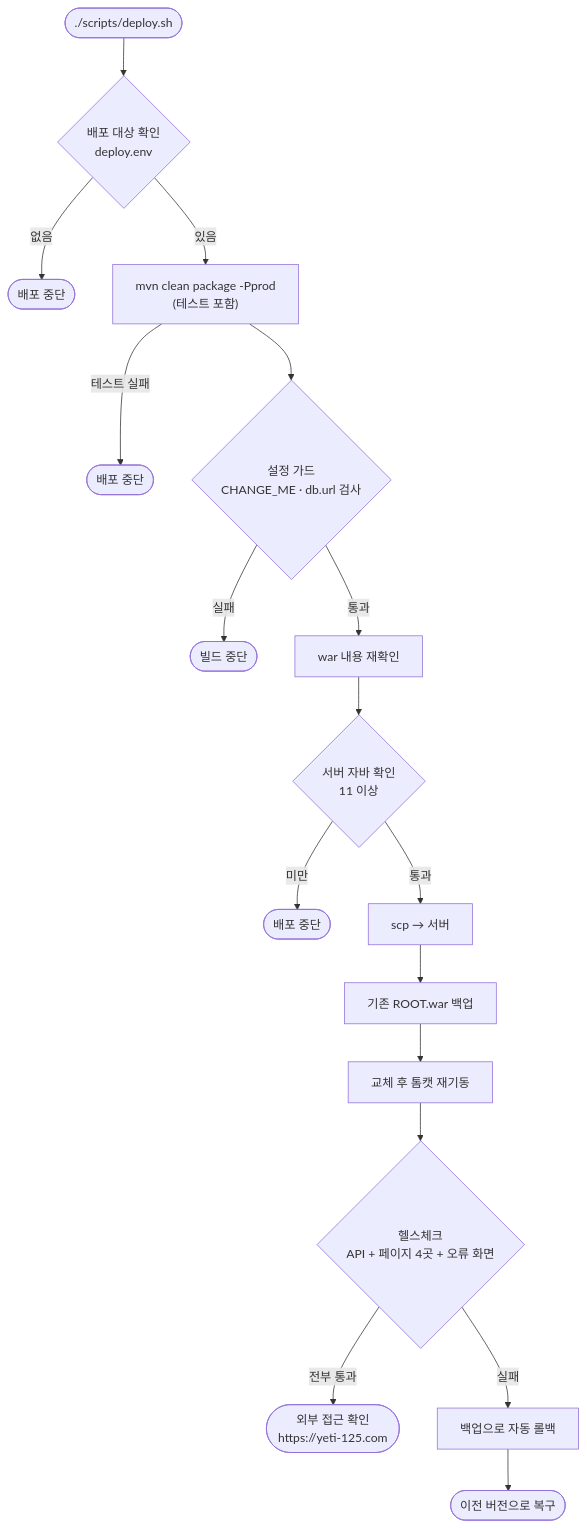
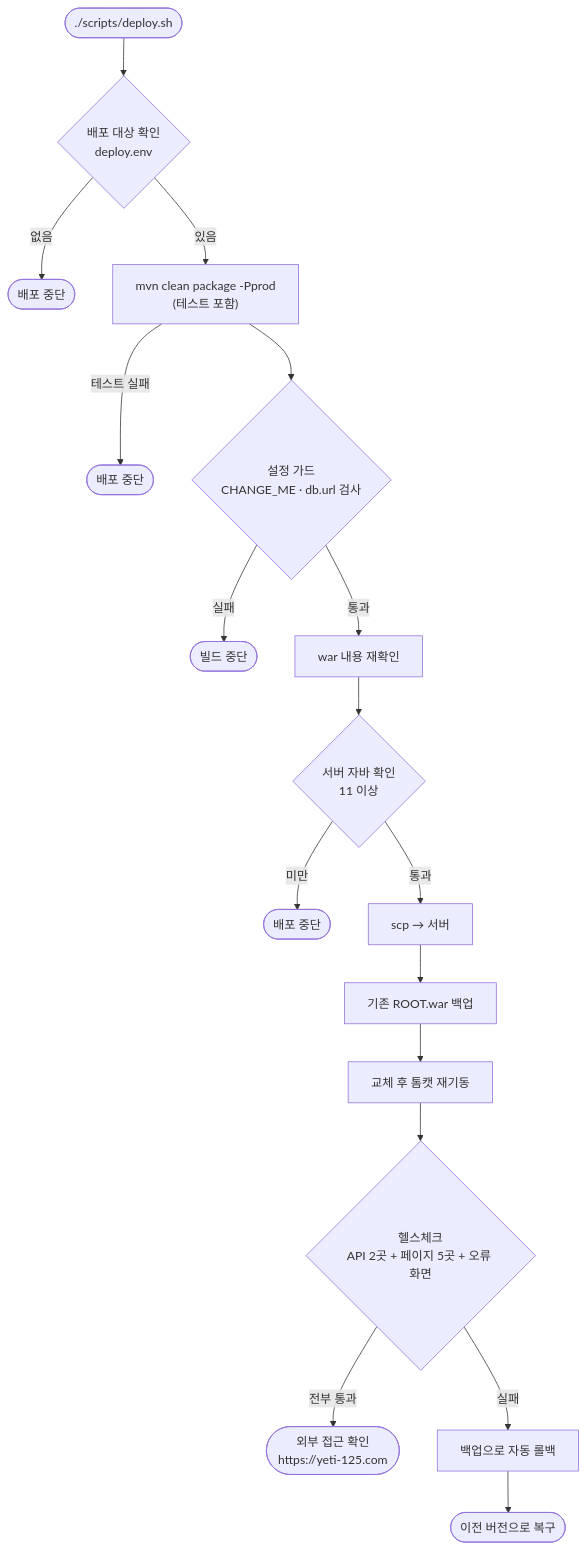
The eighth of 9 diagrams in README.md (sooindev/YETI-125), drawn with Mermaid before and after one commit. The commit also changed other lines of this file, not shown here.

````diff
--- a/README.md
+++ b/README.md
@@ -619,19 +914,19 @@
 ```mermaid
 flowchart TD
     A(["./scripts/deploy.sh"]) --> T{"배포 대상 확인\ndeploy.env"}
     T -->|없음| Z2(["배포 중단"])
     T -->|있음| B["mvn clean package -Pprod\n(테스트 포함)"]
     B -->|테스트 실패| Z3(["배포 중단"])
     B --> C{"설정 가드\nCHANGE_ME · db.url 검사"}
     C -->|실패| X(["빌드 중단"])
     C -->|통과| D["war 내용 재확인"]
     D --> J{"서버 자바 확인\n11 이상"}
     J -->|미만| Z(["배포 중단"])
     J -->|통과| E["scp → 서버"]
     E --> F["기존 ROOT.war 백업"]
     F --> G["교체 후 톰캣 재기동"]
-    G --> H{"헬스체크\nAPI + 페이지 4곳 + 오류 화면"}
+    G --> H{"헬스체크\nAPI 2곳 + 페이지 5곳 + 오류 화면"}
     H -->|전부 통과| I(["외부 접근 확인\nhttps://yeti-125.com"])
     H -->|실패| R["백업으로 자동 롤백"]
     R --> Y(["이전 버전으로 복구"])
 ```
````
